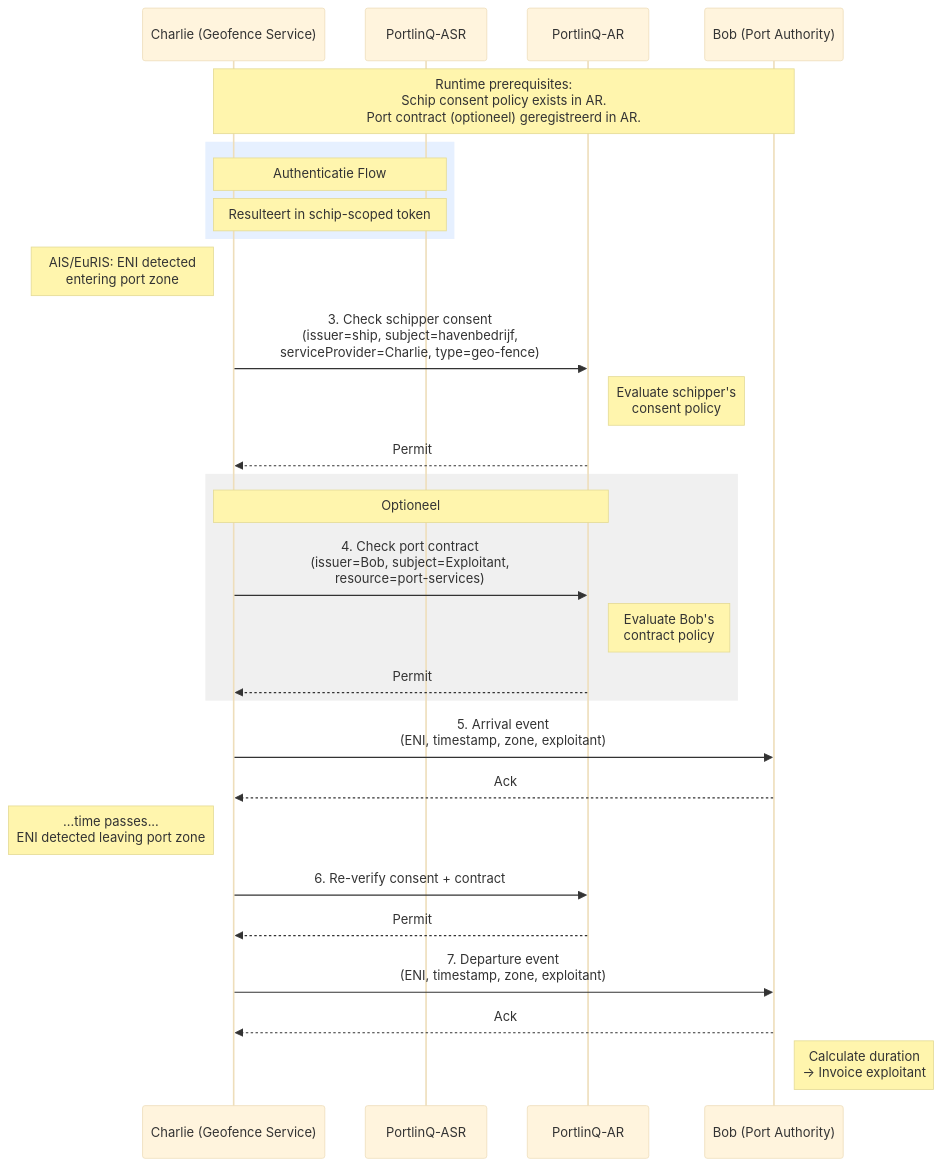
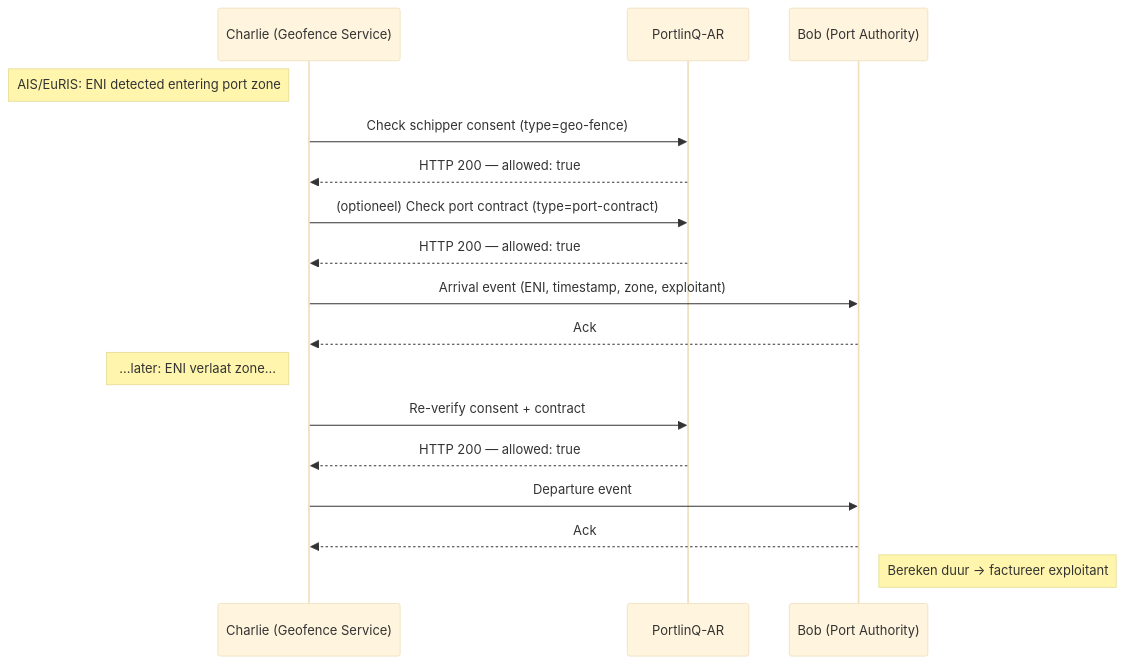
The second of 2 diagrams in portlinq/geofence-arrival.md (POORT8/Poort8.Docs), drawn with Mermaid (base theme) before and after one commit. The commit also changed other lines of this file and 12 other files, not shown here.

````diff
--- a/portlinq/geofence-arrival.md
+++ b/portlinq/geofence-arrival.md
@@ -36,42 +24,19 @@
 ```mermaid
 sequenceDiagram
     participant Charlie as Charlie (Geofence Service)
-    participant ASR as PortlinQ-ASR
     participant AR as PortlinQ-AR
     participant Bob as Bob (Port Authority)
-    Note over Charlie,Bob: Runtime prerequisites:<br/>Schip consent policy exists in AR.<br/>Port contract (optioneel) geregistreerd in AR.
-
-
-    rect rgb(230, 240, 255)
-        Note over Charlie,ASR: Authenticatie Flow
-        Note over Charlie,ASR: Resulteert in schip-scoped token
-    end
-
-    %% Ship detected
-    Note left of Charlie: AIS/EuRIS: ENI detected<br/>entering port zone
-    
-    %% Authorization checks
-    Charlie->>AR: 3. Check schipper consent<br/>(issuer=ship, subject=havenbedrijf,<br/>serviceProvider=Charlie, type=geo-fence)
-    Note right of AR: Evaluate schipper's<br/>consent policy
-    AR-->>Charlie: Permit
-    rect rgb(240, 240, 240)
-        Note over Charlie,AR: Optioneel
-        Charlie->>AR: 4. Check port contract<br/>(issuer=Bob, subject=Exploitant,<br/>resource=port-services)
-        Note right of AR: Evaluate Bob's<br/>contract policy
-        AR-->>Charlie: Permit
-    end
-
-    %% Arrival event
-    Charlie->>Bob: 5. Arrival event<br/>(ENI, timestamp, zone, exploitant)
+    Note left of Charlie: AIS/EuRIS: ENI detected entering port zone
+    Charlie->>AR: Check schipper consent (type=geo-fence)
+    AR-->>Charlie: HTTP 200 — allowed: true
+    Charlie->>AR: (optioneel) Check port contract (type=port-contract)
+    AR-->>Charlie: HTTP 200 — allowed: true
+    Charlie->>Bob: Arrival event (ENI, timestamp, zone, exploitant)
     Bob-->>Charlie: Ack
-
-    %% Departure
-    Note left of Charlie: ...time passes...<br/>ENI detected leaving port zone
-    Charlie->>AR: 6. Re-verify consent + contract
-    AR-->>Charlie: Permit
-    Charlie->>Bob: 7. Departure event<br/>(ENI, timestamp, zone, exploitant)
+    Note left of Charlie: ...later: ENI verlaat zone...
+    Charlie->>AR: Re-verify consent + contract
+    AR-->>Charlie: HTTP 200 — allowed: true
+    Charlie->>Bob: Departure event
     Bob-->>Charlie: Ack
-
-    %% Invoicing
-    Note right of Bob: Calculate duration<br/>→ Invoice exploitant
+    Note right of Bob: Bereken duur → factureer exploitant
 ```
````
